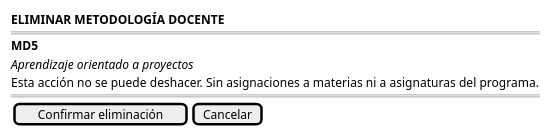
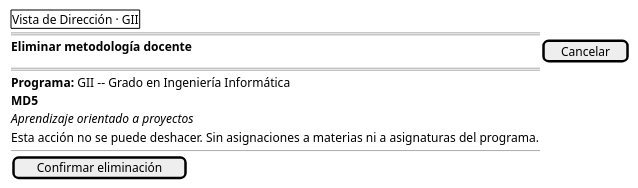
One commit to mmasias/pyCeldaPublico changed the second of 2 diagrams in RUP/01-requisitos/03-detalle-casos-uso/eliminarMetodologiaDocente/wireframes.puml. Above: the diagram before and after it, drawn with PlantUML. The commit also changed other lines of this file and 353 other files, not shown here.

```diff
--- a/RUP/01-requisitos/03-detalle-casos-uso/eliminarMetodologiaDocente/wireframes.puml
+++ b/RUP/01-requisitos/03-detalle-casos-uso/eliminarMetodologiaDocente/wireframes.puml
@@ -22,12 +22,14 @@
 @startsalt eliminarMetodologiaDocente-wireframe-confirmacion
 {
-    <b>ELIMINAR METODOLOGÍA DOCENTE</b>
+    {+ Vista de Dirección · GII }
     ====
+    <b>Eliminar metodología docente</b> | [ Cancelar ]
+    ====
+    <b>Programa:</b> GII -- Grado en Ingeniería Informática
     <b>MD5</b>
     <i>Aprendizaje orientado a proyectos</i>
-
     Esta acción no se puede deshacer. Sin asignaciones a materias ni a asignaturas del programa.
-    ====
-    {[Confirmar eliminación] | [Cancelar]}
+    --
+    [Confirmar eliminación]
 }
 @endsalt
```
